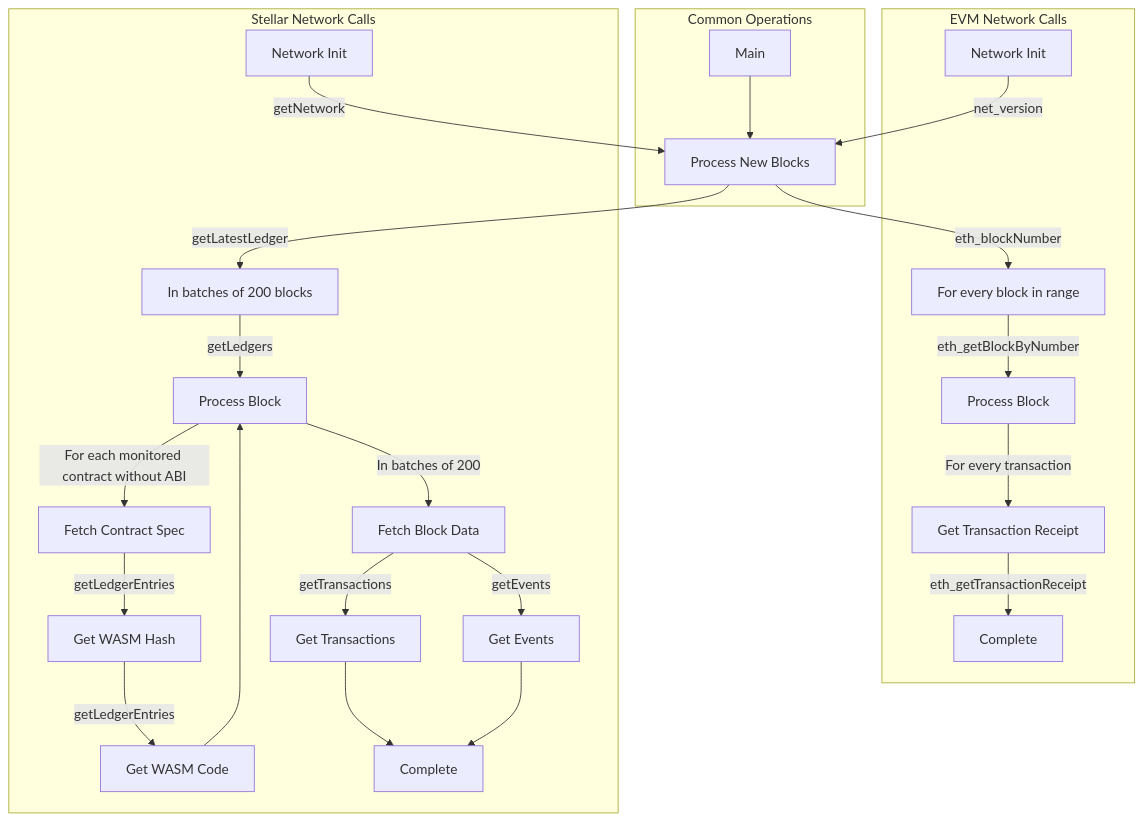
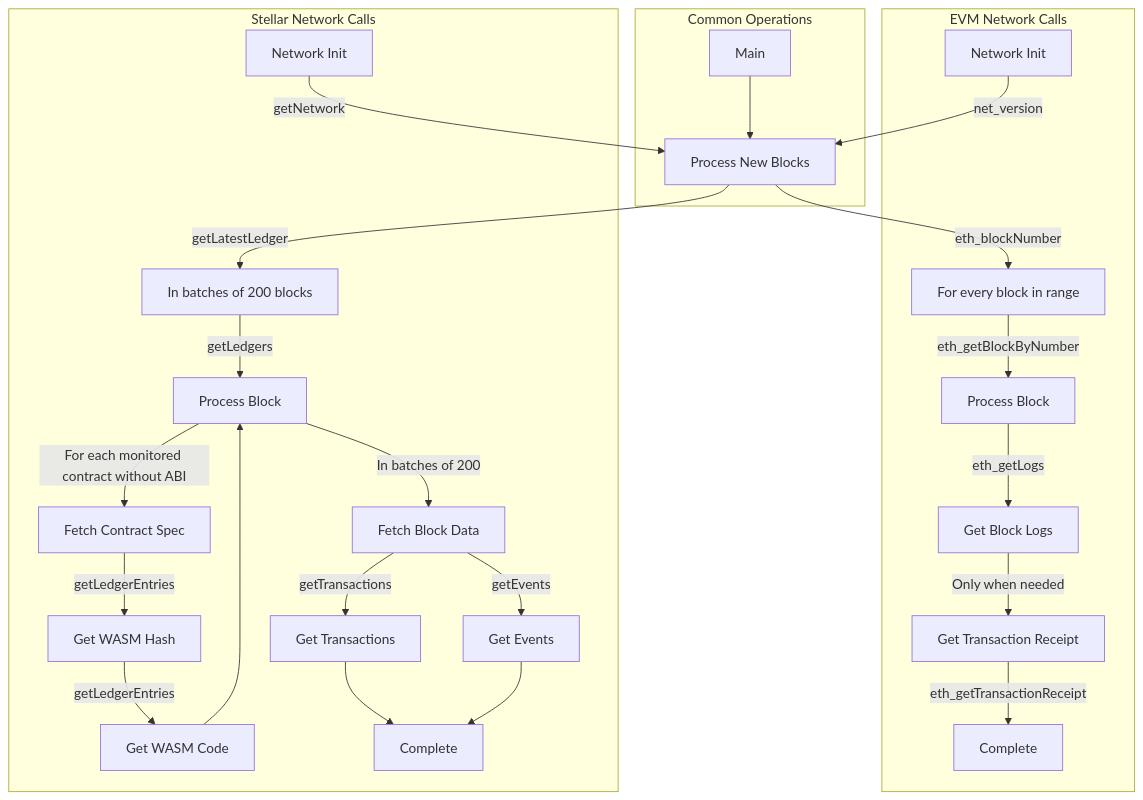
One commit to stevedylandev/openzeppelin-monitor changed the second of 2 diagrams in docs/modules/ROOT/pages/rpc.adoc. Above: the diagram before and after it, drawn with Mermaid. The commit also changed other lines of this file and 21 other files, not shown here.

First line of the commit message:
chore: Reduce RPC calls for EVM by using `eth_getLogs` (#221)

```diff
--- a/docs/modules/ROOT/pages/rpc.adoc
+++ b/docs/modules/ROOT/pages/rpc.adoc
@@ -242,30 +242,31 @@
 [mermaid,width=100%]
 ....
 graph TD
     subgraph Common Operations
         A[Main] --> D[Process New Blocks]
     end
 
     subgraph EVM Network Calls
         B[Network Init] -->|net_version| D
         D -->|eth_blockNumber| E[For every block in range]
         E -->|eth_getBlockByNumber| G1[Process Block]
-        G1 -->|For every transaction| J[Get Transaction Receipt]
+        G1 -->|eth_getLogs| H[Get Block Logs]
+        H -->|Only when needed| J[Get Transaction Receipt]
         J -->|eth_getTransactionReceipt| I[Complete]
     end
 
     subgraph Stellar Network Calls
         C[Network Init] -->|getNetwork| D
         D -->|getLatestLedger| F[In batches of 200 blocks]
         F -->|getLedgers| G2[Process Block]
         G2 -->|For each monitored contract without ABI| M[Fetch Contract Spec]
         M -->|getLedgerEntries| N[Get WASM Hash]
         N -->|getLedgerEntries| O[Get WASM Code]
         O --> G2
         G2 -->|In batches of 200| P[Fetch Block Data]
         P -->|getTransactions| L1[Get Transactions]
         P -->|getEvents| L2[Get Events]
         L1 --> Q[Complete]
         L2 --> Q
     end
 ....
```
